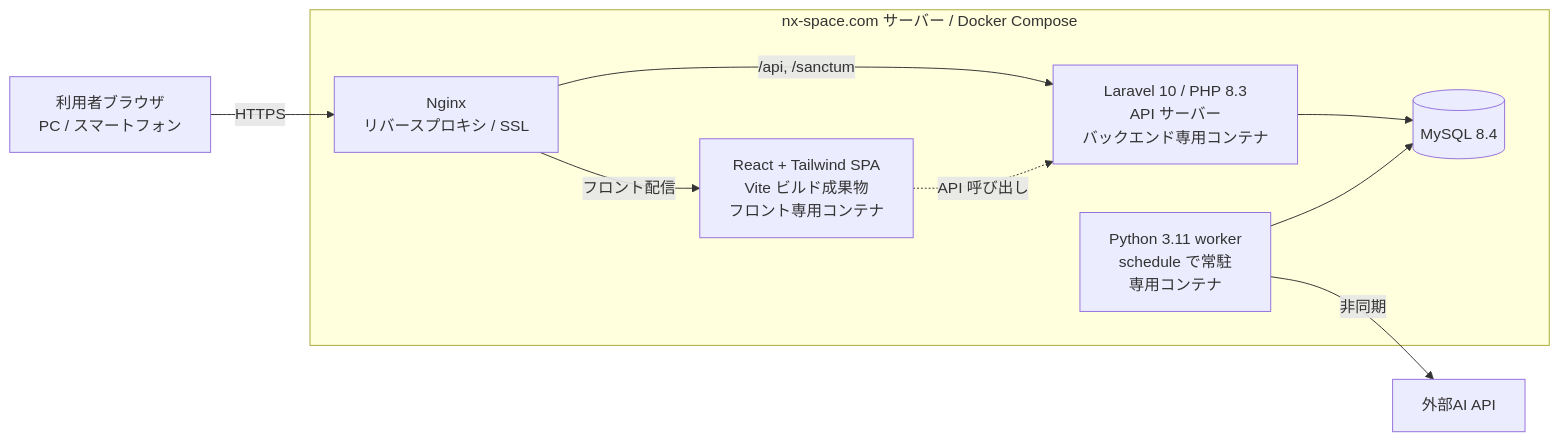
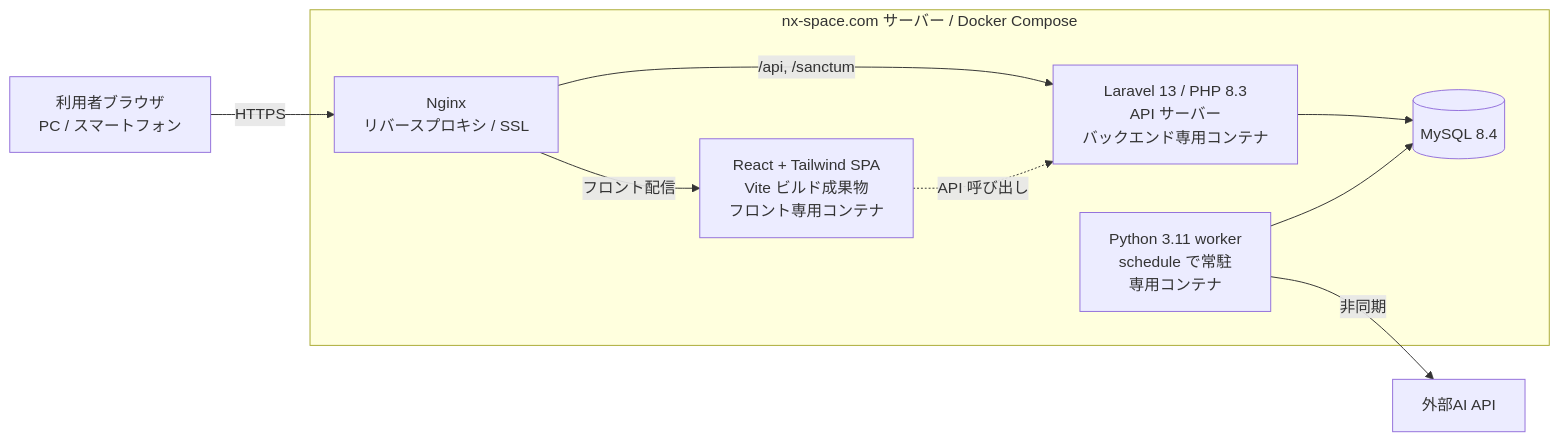
The diagram in docs/技術構成/技術構成書.md (space-musicacct/resmane), drawn with Mermaid before and after one commit. The commit also changed other lines of this file and 44 other files, not shown here.

````diff
--- a/docs/技術構成/技術構成書.md
+++ b/docs/技術構成/技術構成書.md
@@ -59,21 +57,21 @@
 ```mermaid
 flowchart LR
     USER[利用者ブラウザ<br/>PC / スマートフォン]
     AI[外部AI API]
 
     subgraph SERVER[nx-space.com サーバー / Docker Compose]
         NGINX[Nginx<br/>リバースプロキシ / SSL]
         REACT[React + Tailwind SPA<br/>Vite ビルド成果物<br/>フロント専用コンテナ]
-        LARAVEL[Laravel 10 / PHP 8.3<br/>API サーバー<br/>バックエンド専用コンテナ]
+        LARAVEL[Laravel 13 / PHP 8.3<br/>API サーバー<br/>バックエンド専用コンテナ]
         WORKER[Python 3.11 worker<br/>schedule で常駐<br/>専用コンテナ]
         MYSQL[(MySQL 8.4)]
     end
 
     USER -->|HTTPS| NGINX
     NGINX -->|フロント配信| REACT
     NGINX -->|/api, /sanctum| LARAVEL
     REACT -.->|API 呼び出し| LARAVEL
     LARAVEL --> MYSQL
     WORKER --> MYSQL
     WORKER -->|非同期| AI
 ```
````
